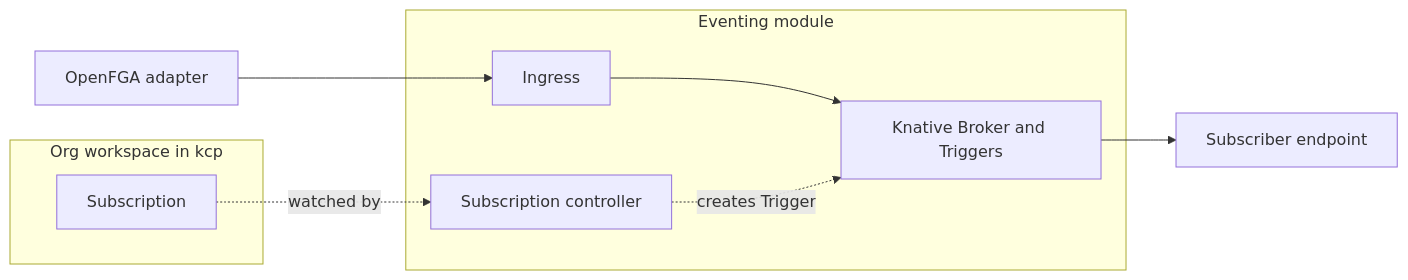
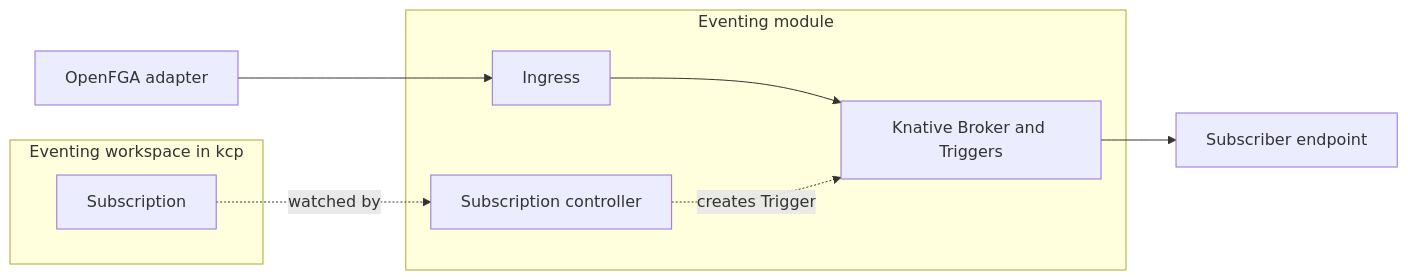
Before and after one commit to hellsontime/contrib-eventing: the diagram in docs/architecture.md, drawn with Mermaid. The commit also changed other lines of this file and 4 other files, not shown here.

````diff
--- a/docs/architecture.md
+++ b/docs/architecture.md
@@ -7,17 +7,17 @@
 ```mermaid
 flowchart LR
   fga[OpenFGA adapter]
   subgraph Module[Eventing module]
     ing[Ingress]
     subs[Subscription controller]
     kn[Knative Broker and Triggers]
   end
-  subgraph Org[Org workspace in kcp]
+  subgraph Admin[Eventing workspace in kcp]
     sub[Subscription]
   end
   fga --> ing
   ing --> kn
   sub -. watched by .-> subs
   subs -. creates Trigger .-> kn
   kn --> sink[Subscriber endpoint]
 ```
````
